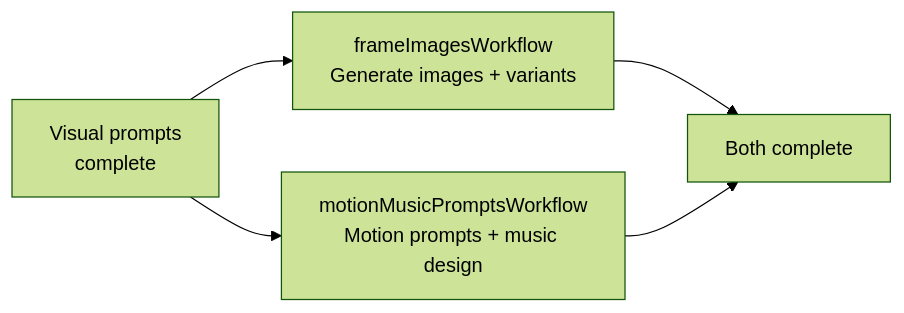
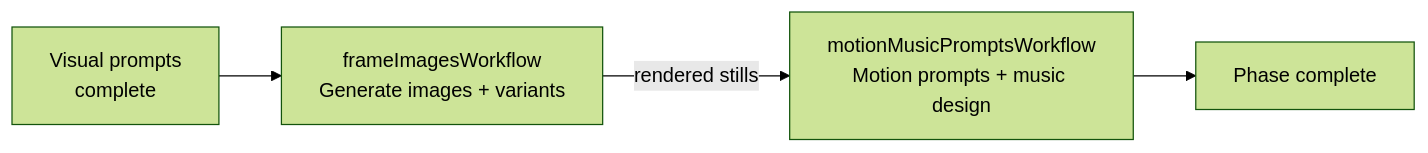
The fifth of 7 diagrams in docs/developer-guide/workflow.md (Naxp/openstory), drawn with Mermaid (forest theme) before and after one commit. The commit also changed other lines of this file and 18 other files, not shown here.

First line of the commit message:
feat(motion): condition motion prompt on the rendered starting frame (#929)

````diff
--- a/docs/developer-guide/workflow.md
+++ b/docs/developer-guide/workflow.md
@@ -250,7 +251,6 @@
 ```mermaid
 flowchart LR
     P4["Visual prompts<br/>complete"] --> FI["frameImagesWorkflow<br/>Generate images + variants"]
-    P4 --> MMP["motionMusicPromptsWorkflow<br/>Motion prompts + music design"]
-    FI --> Join["Both complete"]
-    MMP --> Join
+    FI -->|"rendered stills"| MMP["motionMusicPromptsWorkflow<br/>Motion prompts + music design"]
+    MMP --> Join["Phase complete"]
 ```
````
